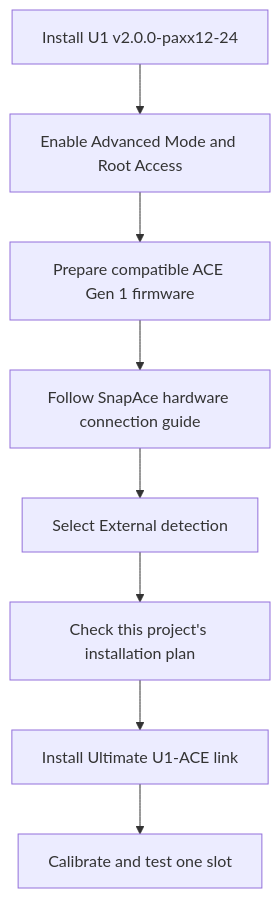
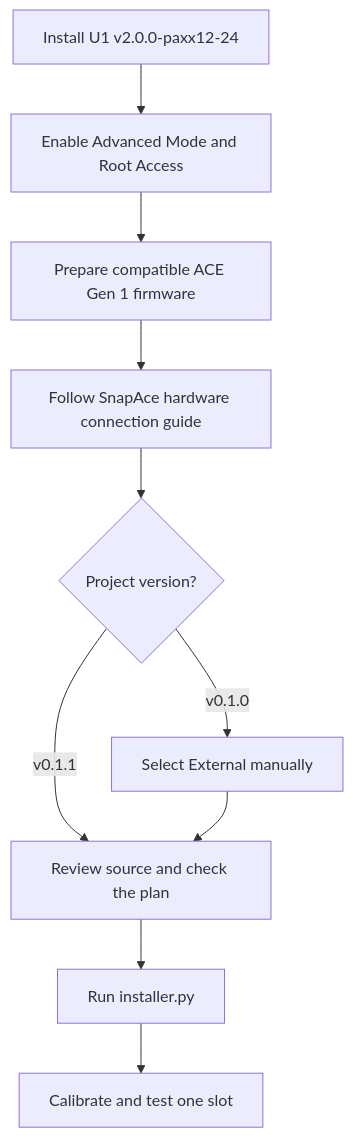
One commit to Alexantry/Ultimate-U1-ACE-link changed the diagram in docs/installation.md. Above: the diagram before and after it, drawn with Mermaid. The commit also changed other lines of this file and 29 other files, not shown here.

First line of the commit message:
Add bilingual guided installation and automatic External setup

````diff
--- a/docs/installation.md
+++ b/docs/installation.md
@@ -12,10 +33,12 @@
 ```mermaid
 flowchart TD
     FW[Install U1 v2.0.0-paxx12-24] --> Access[Enable Advanced Mode and Root Access]
     Access --> ACE[Prepare compatible ACE Gen 1 firmware]
     ACE --> Cable[Follow SnapAce hardware connection guide]
-    Cable --> Mode[Select External detection]
-    Mode --> Check[Check this project's installation plan]
-    Check --> Install[Install Ultimate U1-ACE link]
+    Cable --> Version{Project version?}
+    Version -->|v0.1.0| External[Select External manually]
+    Version -->|v0.1.1| Check[Review source and check the plan]
+    External --> Check
+    Check --> Install[Run installer.py]
     Install --> Test[Calibrate and test one slot]
 ```
````
